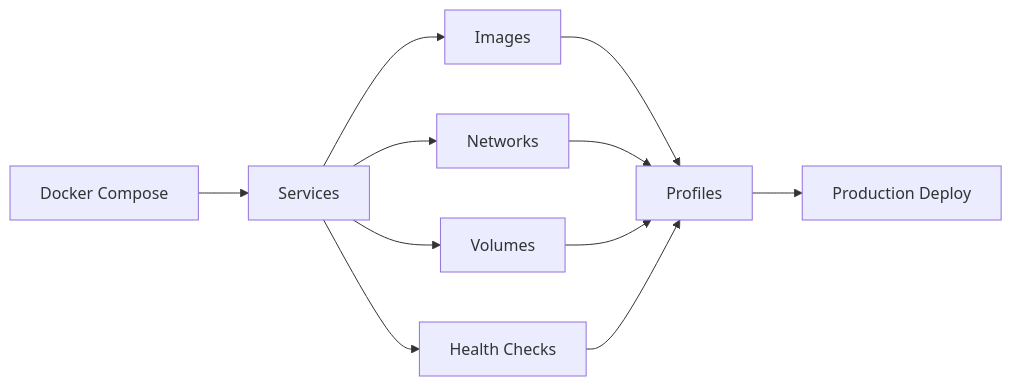
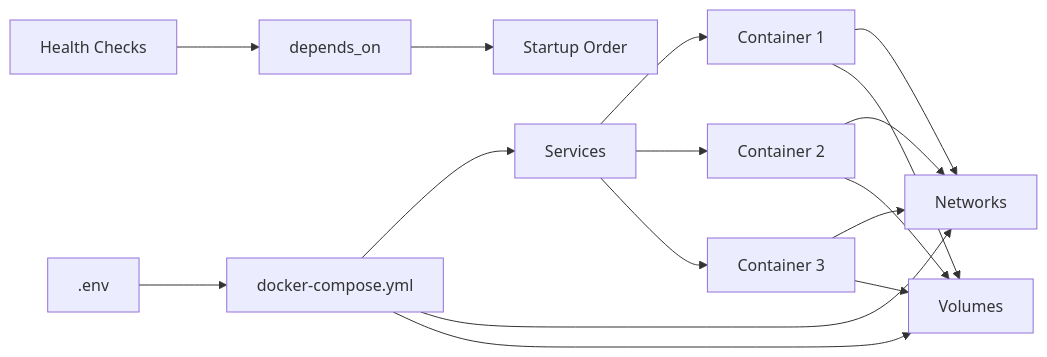
The diagram in docs/courses/devops/06-docker-compose.md (Raushan666java/ai-engineering-journey), drawn with Mermaid before and after one commit. The commit also changed other lines of this file and 62 other files, not shown here.

````diff
--- a/docs/courses/devops/06-docker-compose.md
+++ b/docs/courses/devops/06-docker-compose.md
@@ -30,10 +34,18 @@
 ```mermaid
 flowchart LR
-    A[Docker Compose] --> B[Services]
-    B --> C[Images]
-    B --> D[Networks]
-    B --> E[Volumes]
-    B --> F[Health Checks]
-    C & D & E & F --> G[Profiles]
-    G --> H[Production Deploy]
+    A[docker-compose.yml] --> B[Services]
+    A --> C[Networks]
+    A --> D[Volumes]
+    E[.env] --> A
+    B --> F[Container 1]
+    B --> G[Container 2]
+    B --> H[Container 3]
+    F --> C
+    G --> C
+    H --> C
+    F --> D
+    G --> D
+    H --> D
+    I[Health Checks] --> J[depends_on]
+    J --> K[Startup Order]
 ```
````
